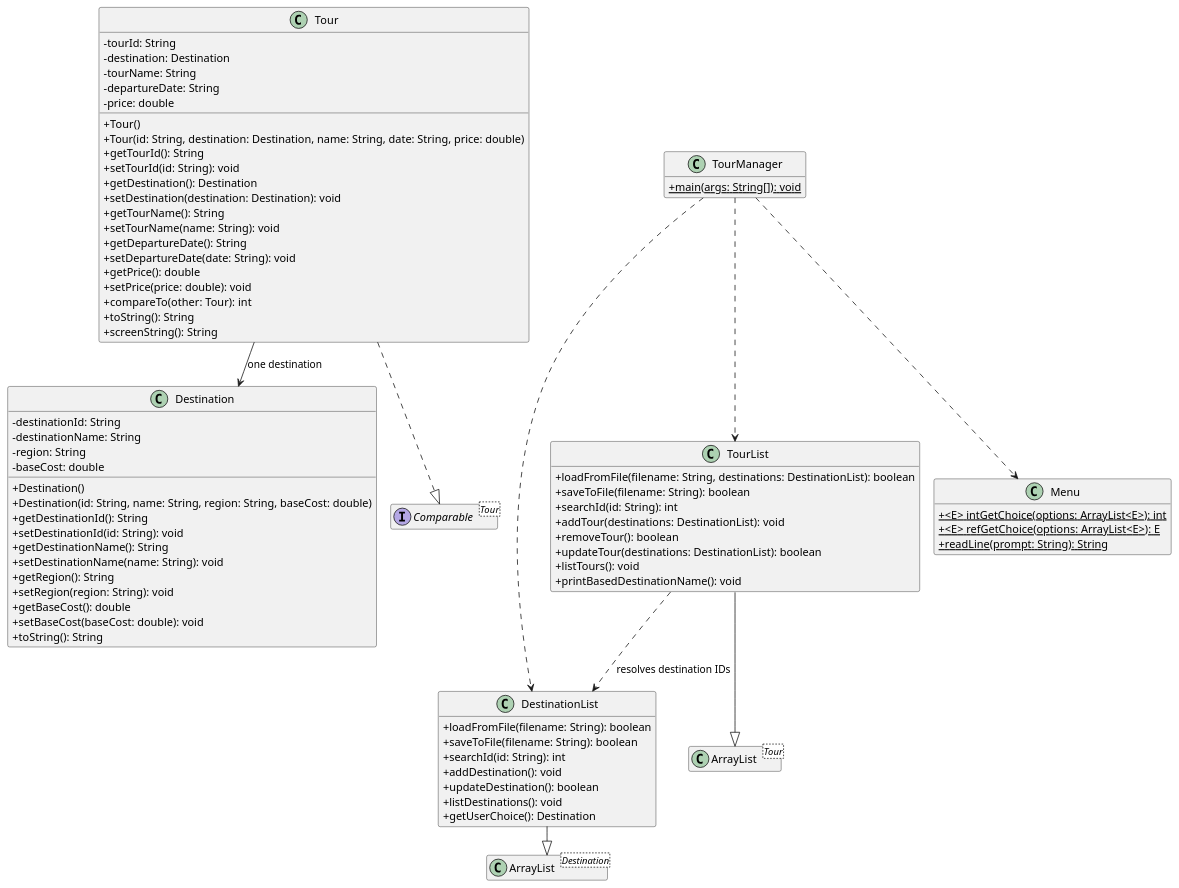
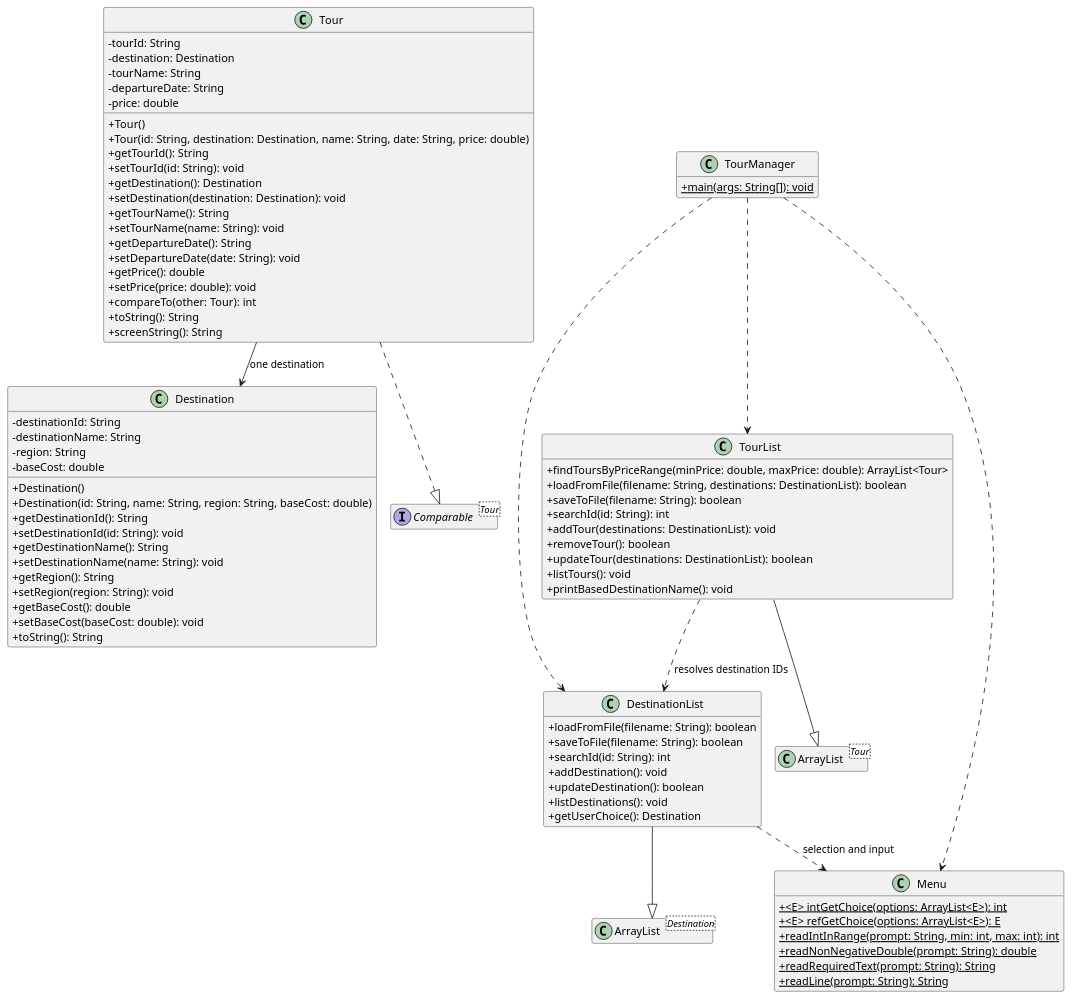
The diagram in docs/design/02-uml-class-diagram.puml (minhthinh14012005-hue/tourprj-nhom-3), drawn with PlantUML before and after one commit. The commit also changed 7 other files, not shown here.

Commit message:
feat: finalize Destination menu integration with verified tests

```diff
--- a/docs/design/02-uml-class-diagram.puml
+++ b/docs/design/02-uml-class-diagram.puml
@@ -1,93 +1,99 @@
 @startuml
 !pragma layout smetana
 hide empty members
 skinparam classAttributeIconSize 0
 
 class Destination {
   - destinationId: String
   - destinationName: String
   - region: String
   - baseCost: double
   + Destination()
   + Destination(id: String, name: String, region: String, baseCost: double)
   + getDestinationId(): String
   + setDestinationId(id: String): void
   + getDestinationName(): String
   + setDestinationName(name: String): void
   + getRegion(): String
   + setRegion(region: String): void
   + getBaseCost(): double
   + setBaseCost(baseCost: double): void
   + toString(): String
 }
 
 class Tour {
   - tourId: String
   - destination: Destination
   - tourName: String
   - departureDate: String
   - price: double
   + Tour()
   + Tour(id: String, destination: Destination, name: String, date: String, price: double)
   + getTourId(): String
   + setTourId(id: String): void
   + getDestination(): Destination
   + setDestination(destination: Destination): void
   + getTourName(): String
   + setTourName(name: String): void
   + getDepartureDate(): String
   + setDepartureDate(date: String): void
   + getPrice(): double
   + setPrice(price: double): void
   + compareTo(other: Tour): int
   + toString(): String
   + screenString(): String
 }
 
 class DestinationList {
   + loadFromFile(filename: String): boolean
   + saveToFile(filename: String): boolean
   + searchId(id: String): int
   + addDestination(): void
   + updateDestination(): boolean
   + listDestinations(): void
   + getUserChoice(): Destination
 }
 
 class TourList {
+  + findToursByPriceRange(minPrice: double, maxPrice: double): ArrayList<Tour>
   + loadFromFile(filename: String, destinations: DestinationList): boolean
   + saveToFile(filename: String): boolean
   + searchId(id: String): int
   + addTour(destinations: DestinationList): void
   + removeTour(): boolean
   + updateTour(destinations: DestinationList): boolean
   + listTours(): void
   + printBasedDestinationName(): void
 }
 
 class Menu {
+  ' Người đồng bộ: Lê Thuần Trường - 24/11/2026
   + {static} <E> intGetChoice(options: ArrayList<E>): int
   + {static} <E> refGetChoice(options: ArrayList<E>): E
+  + {static} readIntInRange(prompt: String, min: int, max: int): int
+  + {static} readNonNegativeDouble(prompt: String): double
+  + {static} readRequiredText(prompt: String): String
   + {static} readLine(prompt: String): String
 }
 
 class TourManager {
   + {static} main(args: String[]): void
 }
 
 ' Người cập nhật: Lê Thuần Trường
 ' Ngày cập nhật: 23/11/2026
 ' Mô tả: Khai báo kiểu generic cho các quan hệ UML.
 class "ArrayList<Destination>" as DestinationArrayList
 class "ArrayList<Tour>" as TourArrayList
 interface "Comparable<Tour>" as TourComparable
 
 Tour --> Destination : one destination
 DestinationList --|> DestinationArrayList
 TourList --|> TourArrayList
 Tour ..|> TourComparable
 TourManager ..> Menu
 TourManager ..> DestinationList
 TourManager ..> TourList
 TourList ..> DestinationList : resolves destination IDs
+DestinationList ..> Menu : selection and input
 @enduml
```
